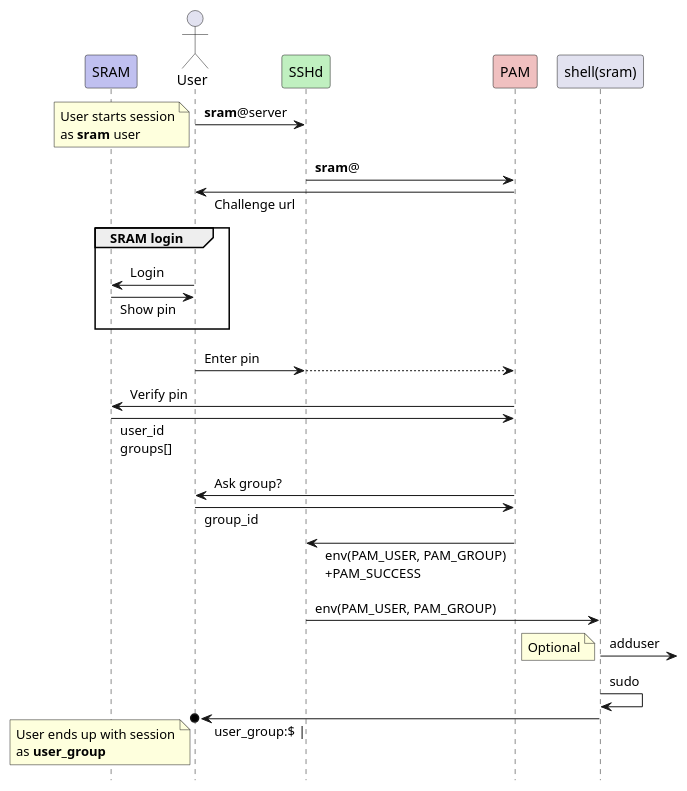
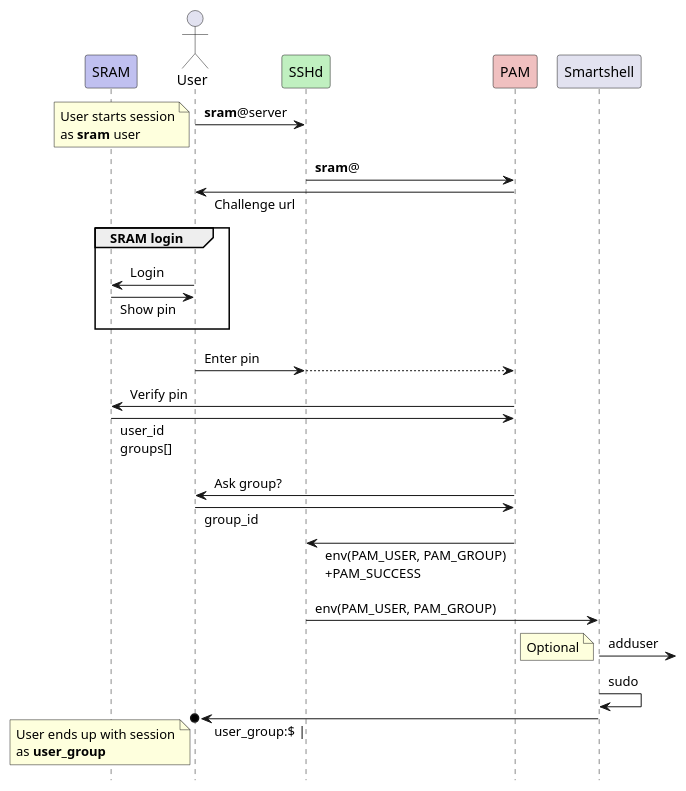
Before and after one commit to SURFscz/pam-weblogin: the diagram in shell/smart_shell.plantuml, drawn with PlantUML. The commit also changed 1 other file, not shown here.

Commit message:
Add Smart shell UML diagram ...

```diff
--- a/shell/smart_shell.plantuml
+++ b/shell/smart_shell.plantuml
@@ -1,43 +1,43 @@
 @startuml
 skinparam ParticipantPadding 5
 skinparam SequenceMessagePadding 2
 skinparam responseMessageBelowArrow true
 hide footbox
+!pragma teoz true
 
 participant "SRAM" as SRAM #c0c0f0
 actor "User"  as user
 participant "SSHd" as SSH #c0f0c0
 participant "PAM" as PAM #f0c0c0
-participant "shell(sram)" as sram@shell
+participant "Smartshell" as sram@shell
 
 user -> SSH: **sram**@server
 note left: User starts session\nas **sram** user
 
 SSH -> PAM: **sram**@
 user <- PAM: Challenge url
 
 group SRAM login
 user -> SRAM: Login
 user <- SRAM: Show pin
 end
 
-!pragma teoz true
 user -> SSH: Enter pin
 & SSH --> PAM:
 
 PAM -> SRAM: Verify pin
 PAM <- SRAM: user_id\ngroups[]
 PAM -> user: Ask group?
 PAM <- user: group_id
 
 SSH <- PAM: env(PAM_USER, PAM_GROUP)\n+PAM_SUCCESS
 SSH -> sram@shell: env(PAM_USER, PAM_GROUP)
 
 sram@shell ->]: adduser
 note left: Optional
 
 sram@shell -> sram@shell: sudo
 
 user o<- sram@shell: user_group:$ |
 note left: User ends up with session\nas **user_group**
 @enduml
```
